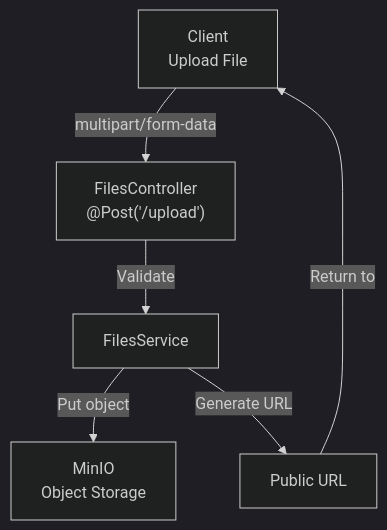
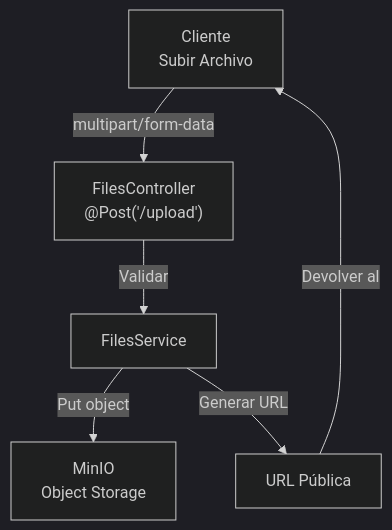
Before and after one commit to Byroncl/laboratory-reviews: the diagram in docs-post-message/docs/backend/modules/files.md, drawn with Mermaid (dark theme). The commit also changed other lines of this file and 2 other files, not shown here.

Commit message:
docs: add comprehensive clean architecture guide and refactoring checklist

````diff
--- a/docs-post-message/docs/backend/modules/files.md
+++ b/docs-post-message/docs/backend/modules/files.md
@@ -13,14 +13,14 @@
 ```mermaid
 graph TB
-    Client["Client<br/>Upload File"]
+    Client["Cliente<br/>Subir Archivo"]
     Controller["FilesController<br/>@Post('/upload')"]
     Service["FilesService"]
     MinIO["MinIO<br/>Object Storage"]
-    Response["Public URL"]
+    Response["URL Pública"]
     
     Client -->|multipart/form-data| Controller
-    Controller -->|Validate| Service
+    Controller -->|Validar| Service
     Service -->|Put object| MinIO
-    Service -->|Generate URL| Response
-    Response -->|Return to| Client
+    Service -->|Generar URL| Response
+    Response -->|Devolver al| Client
 ```
````
